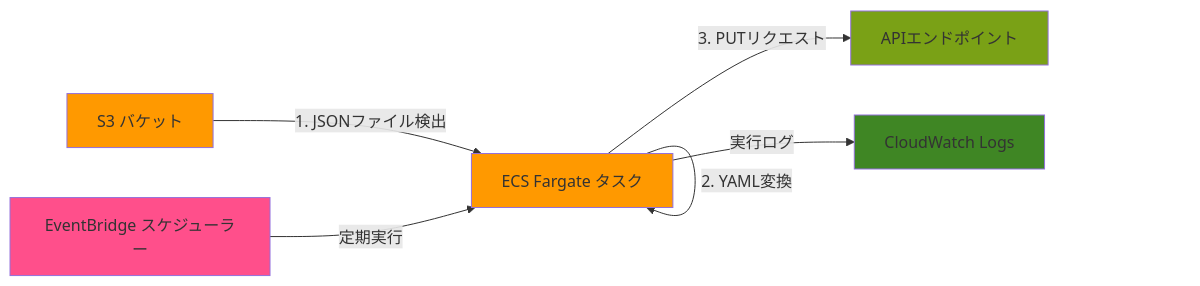
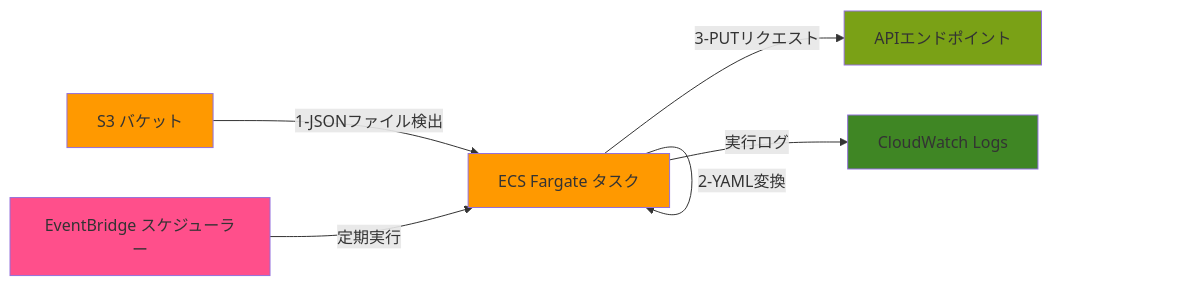
One commit to yamazoon0207/sample-s3-to-api changed the diagram in README.md. Above: the diagram before and after it, drawn with Mermaid.

````diff
--- a/README.md
+++ b/README.md
@@ -11,18 +11,18 @@
 ```mermaid
 flowchart LR
-    S3[S3 バケット] -->|1. JSONファイル検出| ECS[ECS Fargate タスク]
+    S3[S3 バケット] -->|1-JSONファイル検出| ECS[ECS Fargate タスク]
     Scheduler[EventBridge スケジューラー] -->|定期実行| ECS
-    ECS -->|2. YAML変換| ECS
-    ECS -->|3. PUTリクエスト| API[APIエンドポイント]
+    ECS -->|2-YAML変換| ECS
+    ECS -->|3-PUTリクエスト| API[APIエンドポイント]
     ECS -->|実行ログ| Logs[CloudWatch Logs]
 
     classDef aws fill:#FF9900
     classDef scheduler fill:#FF4F8B
     classDef api fill:#7AA116
     classDef logs fill:#3F8624
 
     class S3,ECS aws
     class Scheduler scheduler
     class API api
     class Logs logs
 ```
````
